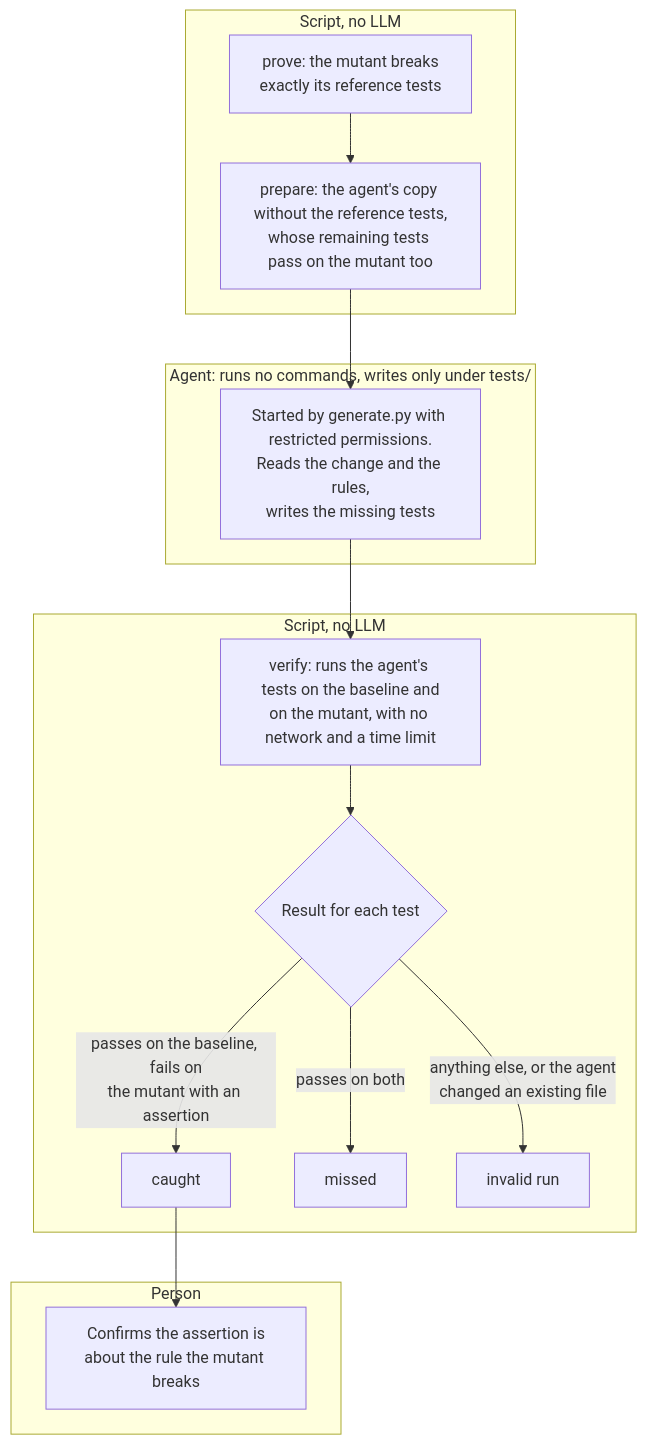
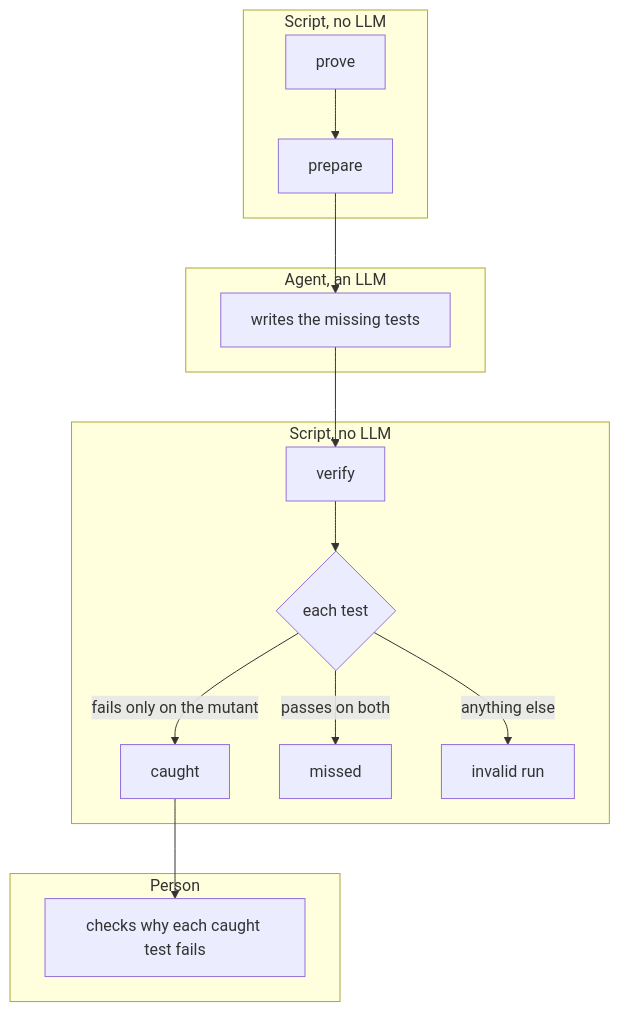
Before and after one commit to furkankuscu08/blue_harvest: the diagram in guard/README.md, drawn with Mermaid. The commit also changed other lines of this file and 2 other files, not shown here.

Commit message:
Shorten the guard flowchart; let the out-of-date screen be the strongest mark on the page

````diff
--- a/guard/README.md
+++ b/guard/README.md
@@ -7,24 +7,20 @@
 ```mermaid
 flowchart TD
     subgraph S1["Script, no LLM"]
-        A["prove: the mutant breaks<br>exactly its reference tests"]
-        B["prepare: the agent's copy without the reference tests,<br>whose remaining tests pass on the mutant too"]
-        A --> B
+        A["prove"] --> B["prepare"]
     end
-    subgraph S2["Agent: runs no commands, writes only under tests/"]
-        C["Started by generate.py with restricted permissions.<br>Reads the change and the rules,<br>writes the missing tests"]
+    subgraph S2["Agent, an LLM"]
+        C["writes the missing tests"]
     end
     subgraph S3["Script, no LLM"]
-        D["verify: runs the agent's tests on the baseline and<br>on the mutant, with no network and a time limit"]
-        E{"Result for each test"}
-        D --> E
-        E -->|"passes on the baseline, fails on<br>the mutant with an assertion"| F["caught"]
+        D["verify"] --> E{"each test"}
+        E -->|"fails only on the mutant"| F["caught"]
         E -->|"passes on both"| G["missed"]
-        E -->|"anything else, or the agent<br>changed an existing file"| H["invalid run"]
+        E -->|"anything else"| H["invalid run"]
     end
     subgraph S4["Person"]
-        I["Confirms the assertion is<br>about the rule the mutant breaks"]
+        I["checks why each caught test fails"]
     end
     B --> C --> D
     F --> I
 ```
````
